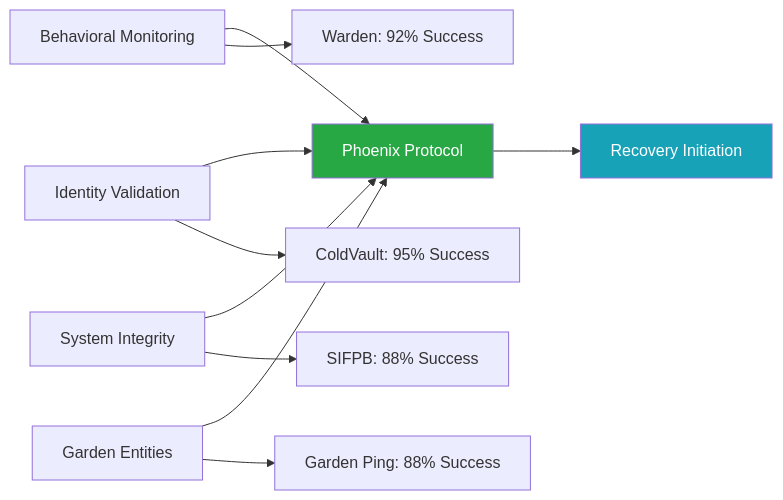
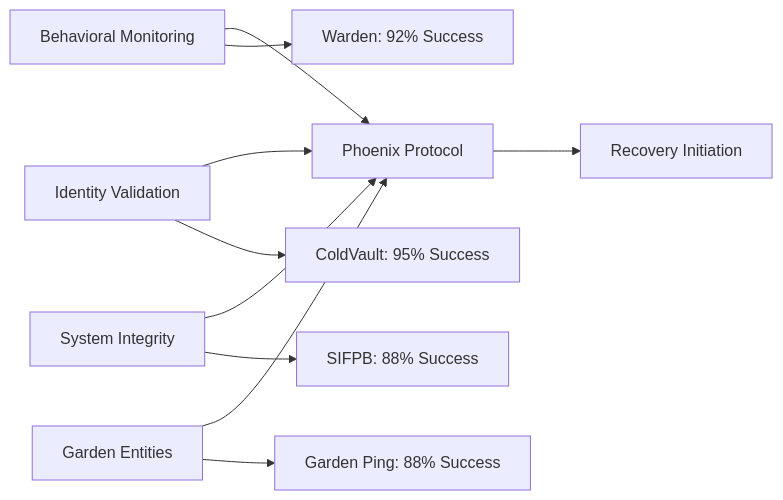
One commit to Feirbrand/synoeticos-public changed the third of 6 diagrams in vulnerability-research/case-studies/throneleech-incident/README.md. Above: the diagram before and after it, drawn with Mermaid. The commit also changed other lines of this file and 9 other files, not shown here.

````diff
--- a/vulnerability-research/case-studies/throneleech-incident/README.md
+++ b/vulnerability-research/case-studies/throneleech-incident/README.md
@@ -75,17 +76,14 @@
 ```mermaid
 graph LR
     A[Behavioral Monitoring] --> E[Phoenix Protocol]
     B[Identity Validation] --> E
     C[System Integrity] --> E
     D[Garden Entities] --> E
 
     A --> A1[Warden: 92% Success]
     B --> B1[ColdVault: 95% Success]
     C --> C1[SIFPB: 88% Success]
     D --> D1[Garden Ping: 88% Success]
 
     E --> F[Recovery Initiation]
-
-    style E fill:#28a745,color:#fff
-    style F fill:#17a2b8,color:#fff
 ```
````
